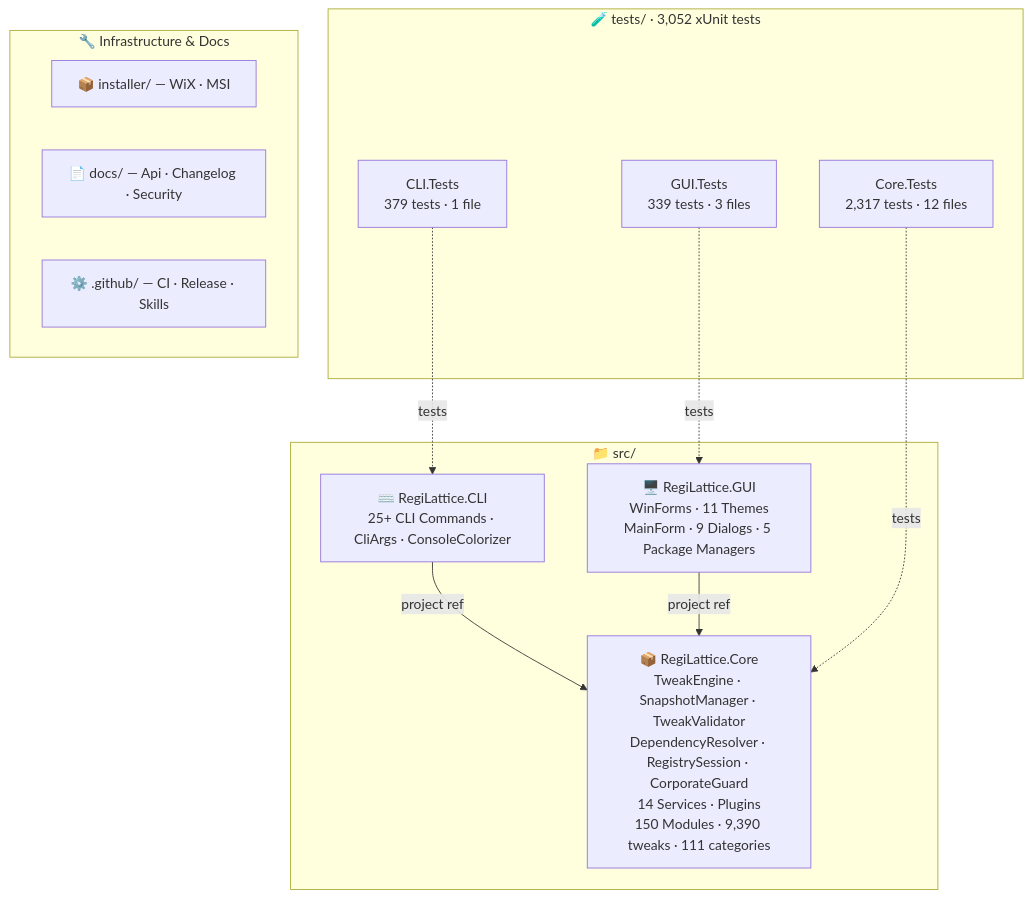
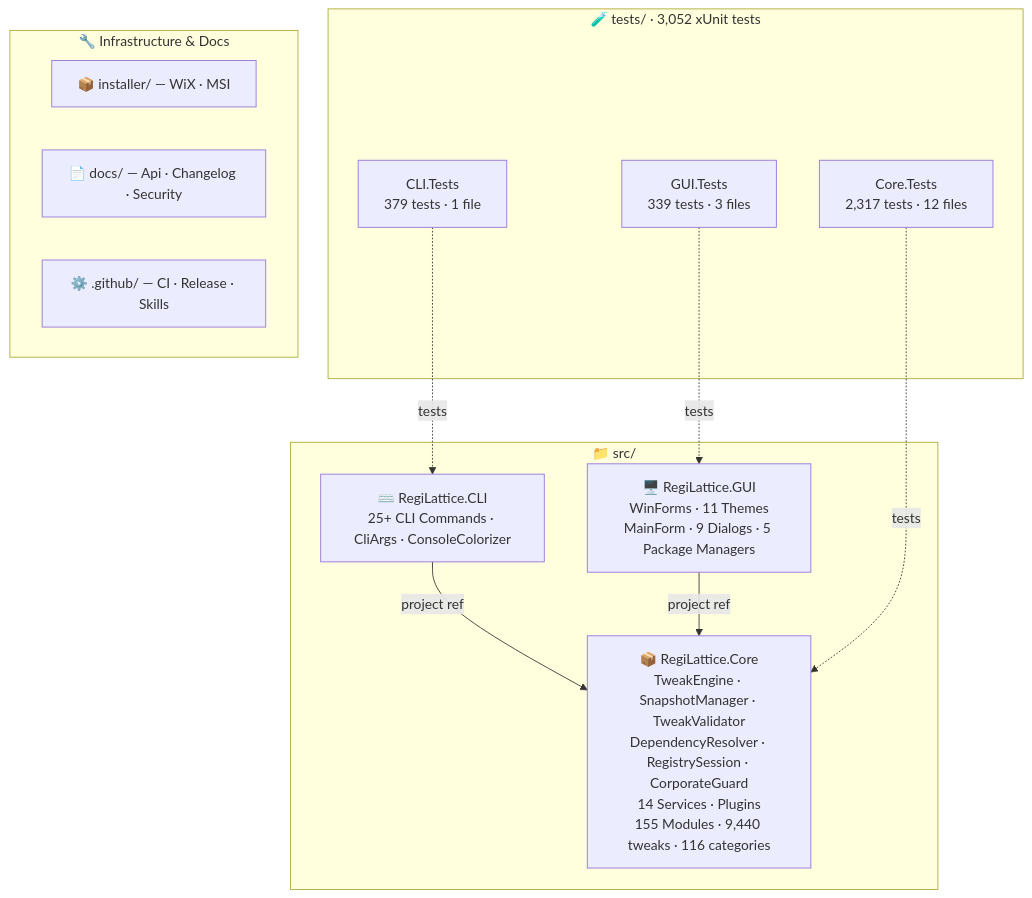
One commit to RajwanYair/RegiLattice changed the second of 2 diagrams in README.md. Above: the diagram before and after it, drawn with Mermaid. The commit also changed other lines of this file and 12 other files, not shown here.

````diff
--- a/README.md
+++ b/README.md
@@ -255,26 +255,26 @@
 ```mermaid
 graph TD
     subgraph SRC["📁 src/"]
-        CORE["📦 RegiLattice.Core<br/>TweakEngine · SnapshotManager · TweakValidator<br/>DependencyResolver · RegistrySession · CorporateGuard<br/>14 Services · Plugins<br/>150 Modules · 9,390 tweaks · 111 categories"]
+        CORE["📦 RegiLattice.Core<br/>TweakEngine · SnapshotManager · TweakValidator<br/>DependencyResolver · RegistrySession · CorporateGuard<br/>14 Services · Plugins<br/>155 Modules · 9,440 tweaks · 116 categories"]
         GUI["🖥️ RegiLattice.GUI<br/>WinForms · 11 Themes<br/>MainForm · 9 Dialogs · 5 Package Managers"]
         CLI["⌨️ RegiLattice.CLI<br/>25+ CLI Commands · CliArgs · ConsoleColorizer"]
     end
 
     subgraph TST["🧪 tests/  ·  3,052 xUnit tests"]
         CT["Core.Tests<br/>2,317 tests · 12 files"]
         CLT["CLI.Tests<br/>379 tests · 1 file"]
         GT["GUI.Tests<br/>339 tests · 3 files"]
     end
 
     subgraph INFRA["🔧 Infrastructure & Docs"]
         INST["📦 installer/ — WiX · MSI"]
         DOCS["📄 docs/ — Api · Changelog · Security"]
         GH["⚙️ .github/ — CI · Release · Skills"]
     end
 
     CLI -->|project ref| CORE
     GUI -->|project ref| CORE
     CT -.->|tests| CORE
     CLT -.->|tests| CLI
     GT -.->|tests| GUI
 ```
````
